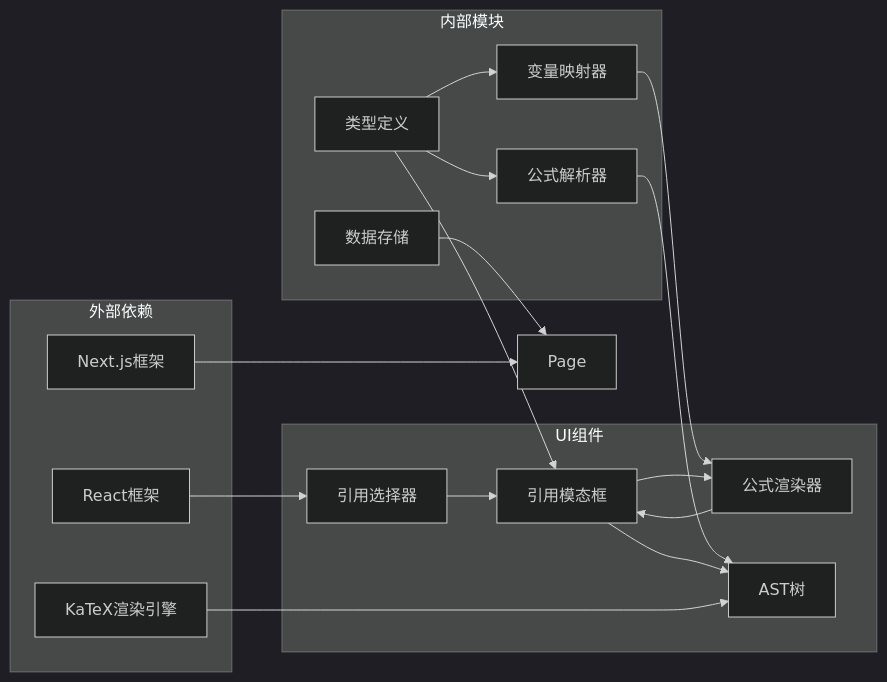
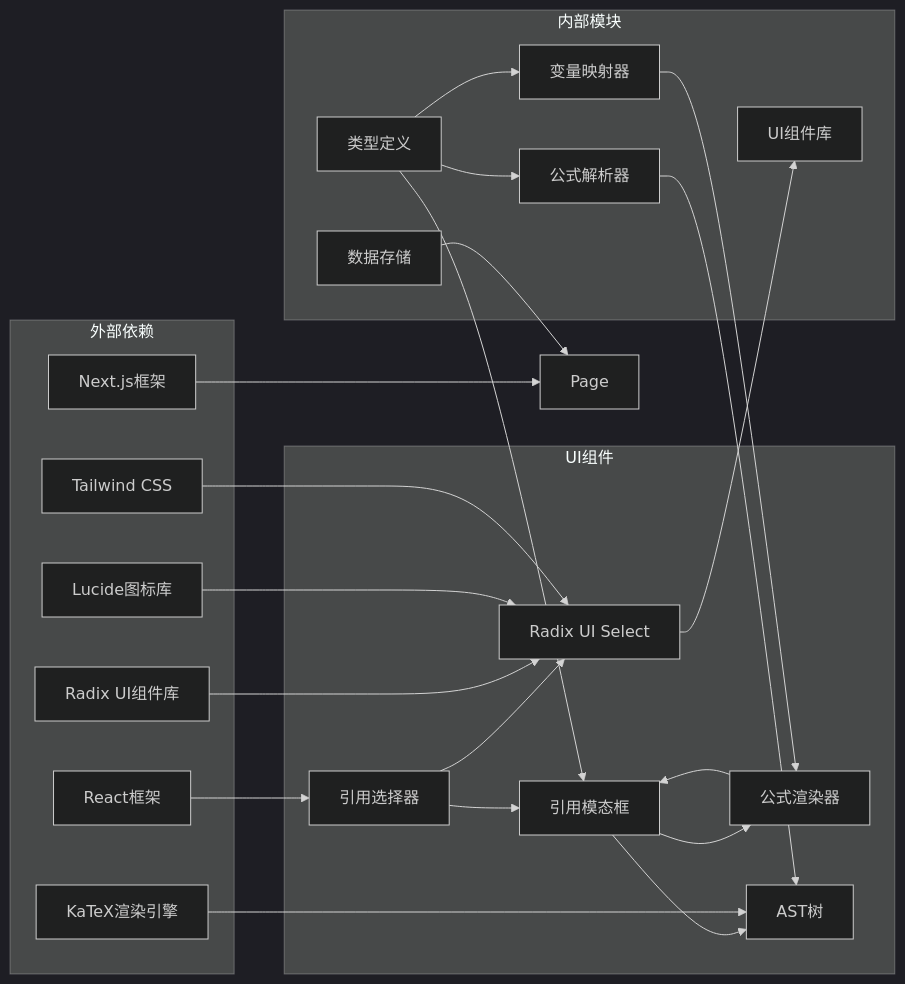
The eighth of 8 diagrams in .qoder/repowiki/zh/content/用户指南/高级功能/公式引用选择器.md (steveyu2/formula-mapper), drawn with Mermaid (dark theme) before and after one commit. The commit also changed other lines of this file and 14 other files, not shown here.

````diff
--- a/.qoder/repowiki/zh/content/用户指南/高级功能/公式引用选择器.md
+++ b/.qoder/repowiki/zh/content/用户指南/高级功能/公式引用选择器.md
@@ -279,33 +387,43 @@
 ```mermaid
 graph LR
 subgraph "外部依赖"
 KaTeX[KaTeX渲染引擎]
 React[React框架]
 NextJS[Next.js框架]
+RadixUI[Radix UI组件库]
+Lucide[Lucide图标库]
+Tailwind[Tailwind CSS]
 end
 subgraph "内部模块"
 Parser[公式解析器]
 Mapper[变量映射器]
 Storage[数据存储]
 Types[类型定义]
+UI[UI组件库]
 end
 subgraph "UI组件"
 Selector[引用选择器]
 Modal[引用模态框]
 Renderer[公式渲染器]
 AST[AST树]
+Select[Radix UI Select]
 end
 Parser --> AST
 Mapper --> Renderer
 Storage --> Page
 Types --> Parser
 Types --> Mapper
 Types --> Modal
 Selector --> Modal
+Selector --> Select
 Modal --> Renderer
 Modal --> AST
 Renderer --> Modal
+Select --> UI
 KaTeX --> AST
 React --> Selector
 NextJS --> Page
+RadixUI --> Select
+Lucide --> Select
+Tailwind --> Select
 ```
````
